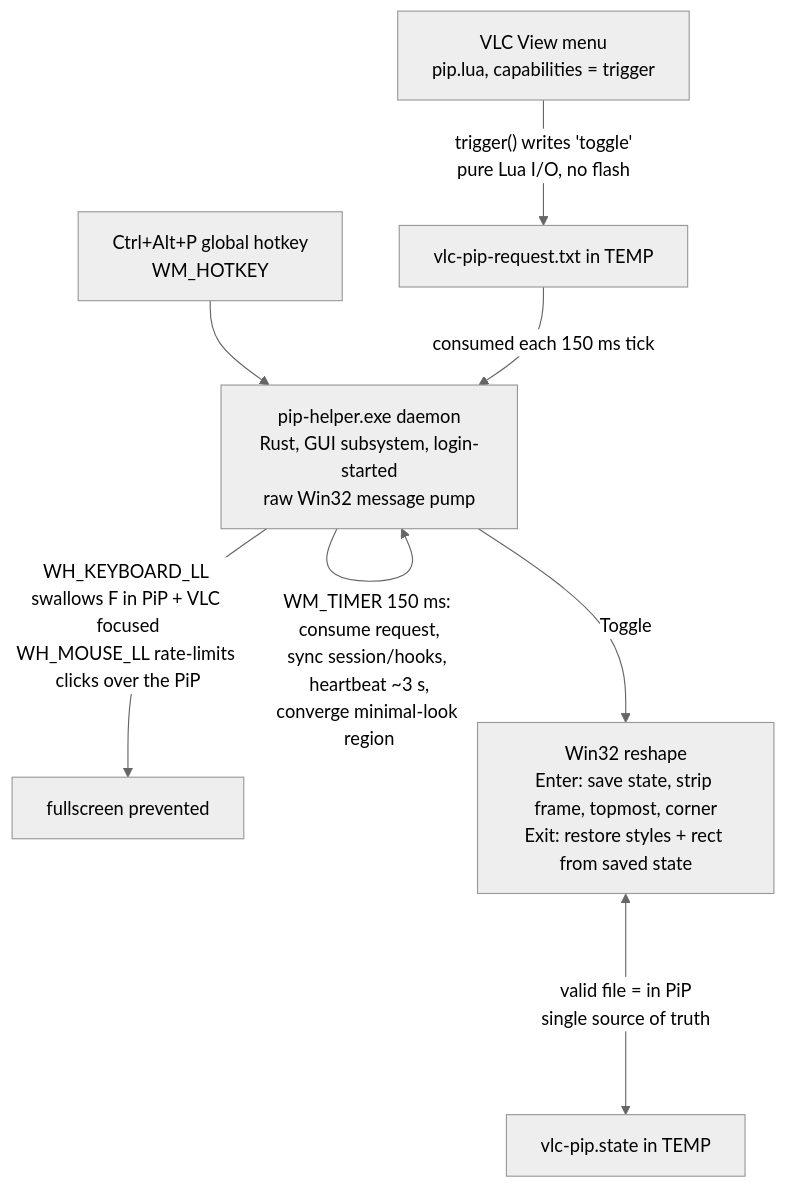
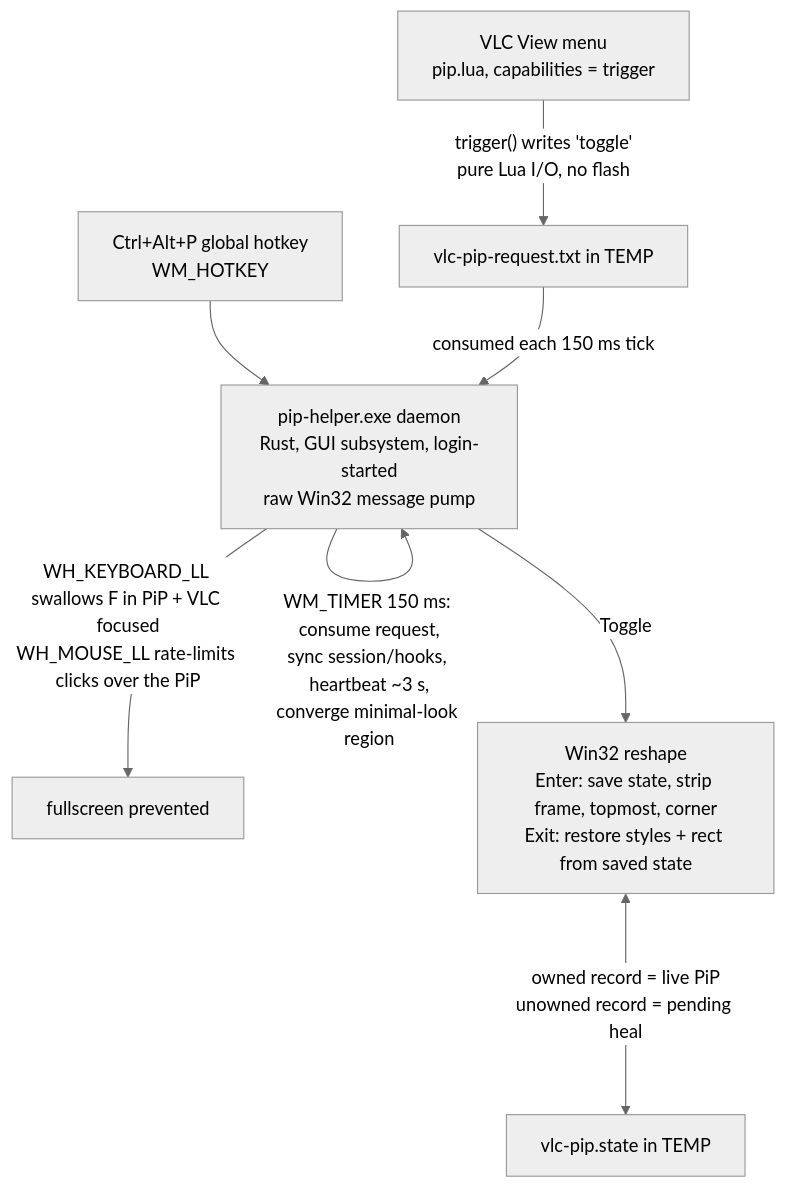
One commit to Bug-Finderr/vlc-pip changed the diagram in docs/SPEC.md. Above: the diagram before and after it, drawn with Mermaid (neutral theme). The commit also changed other lines of this file and 6 other files, not shown here.

````diff
--- a/docs/SPEC.md
+++ b/docs/SPEC.md
@@ -61,10 +61,10 @@
 ```mermaid
 flowchart TD
     MENU["VLC View menu<br>pip.lua, capabilities = trigger"] -- "trigger() writes 'toggle'<br>pure Lua I/O, no flash" --> REQ["vlc-pip-request.txt in TEMP"]
     HK["Ctrl+Alt+P global hotkey<br>WM_HOTKEY"] --> D
     REQ -- "consumed each 150 ms tick" --> D["pip-helper.exe daemon<br>Rust, GUI subsystem, login-started<br>raw Win32 message pump"]
     D -- "WM_TIMER 150 ms: consume request,<br>sync session/hooks, heartbeat ~3 s,<br>converge minimal-look region" --> D
     D -- "WH_KEYBOARD_LL swallows F in PiP + VLC focused<br>WH_MOUSE_LL rate-limits clicks over the PiP" --> FS["fullscreen prevented"]
     D -- "Toggle" --> WIN["Win32 reshape<br>Enter: save state, strip frame, topmost, corner<br>Exit: restore styles + rect from saved state"]
-    WIN <-- "valid file = in PiP<br>single source of truth" --> STATE["vlc-pip.state in TEMP"]
+    WIN <-- "owned record = live PiP<br>unowned record = pending heal" --> STATE["vlc-pip.state in TEMP"]
 ```
````
